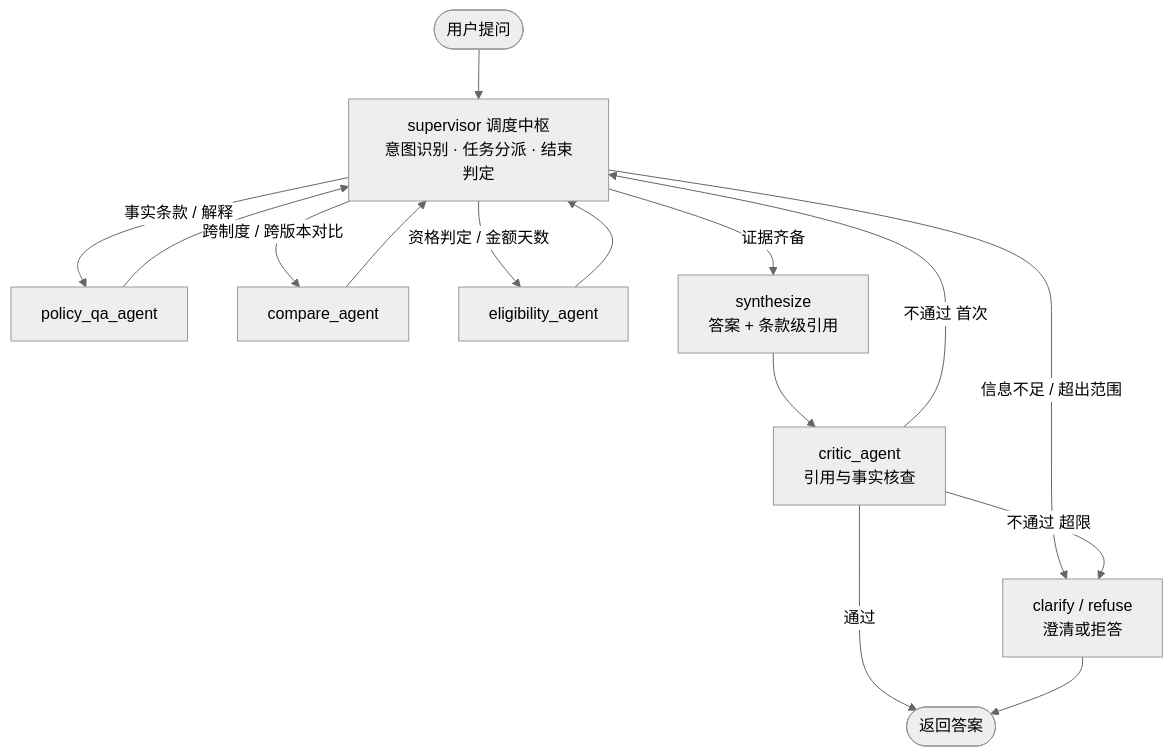
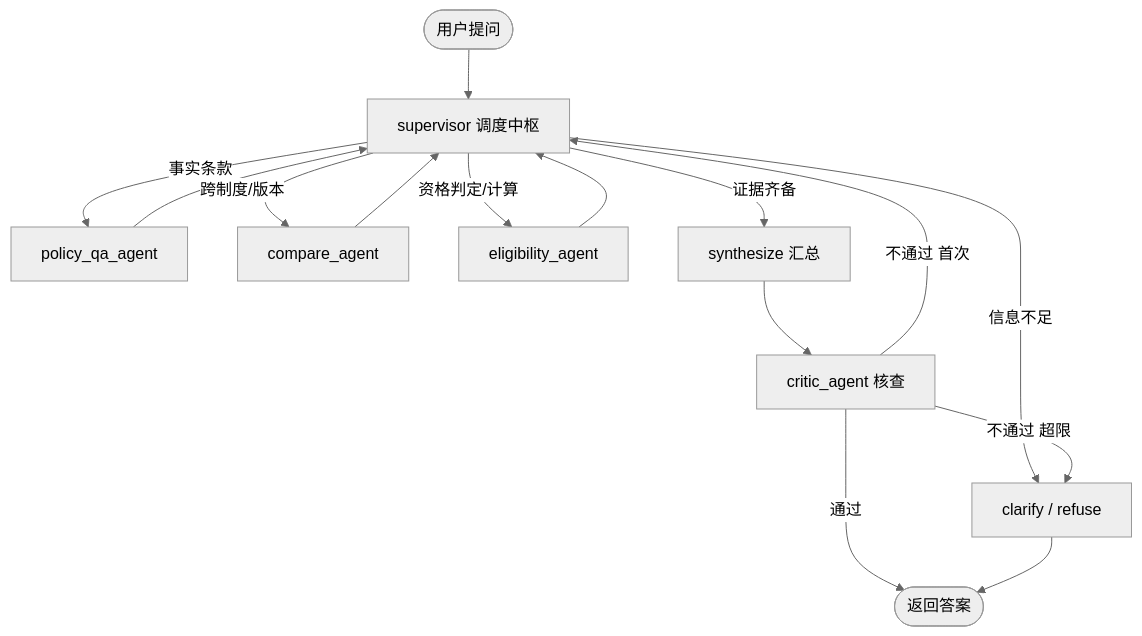
Before and after one commit to K-unK-un/multi-agent-practice-1: the diagram in README.md, drawn with Mermaid (neutral theme). The commit also changed other lines of this file and 1 other file, not shown here.

````diff
--- a/README.md
+++ b/README.md
@@ -102,17 +30,17 @@
 ```mermaid
 flowchart TD
-    START([用户提问]) --> SUP["supervisor 调度中枢<br/>意图识别 · 任务分派 · 结束判定"]
-    SUP -->|"事实条款 / 解释"| QA["policy_qa_agent"]
-    SUP -->|"跨制度 / 跨版本对比"| CMP["compare_agent"]
-    SUP -->|"资格判定 / 金额天数"| ELI["eligibility_agent"]
+    START([用户提问]) --> SUP["supervisor 调度中枢"]
+    SUP -->|"事实条款"| QA["policy_qa_agent"]
+    SUP -->|"跨制度/版本"| CMP["compare_agent"]
+    SUP -->|"资格判定/计算"| ELI["eligibility_agent"]
     QA --> SUP
     CMP --> SUP
     ELI --> SUP
-    SUP -->|"证据齐备"| SYN["synthesize<br/>答案 + 条款级引用"]
-    SUP -->|"信息不足 / 超出范围"| CLR["clarify / refuse<br/>澄清或拒答"]
-    SYN --> CRT["critic_agent<br/>引用与事实核查"]
+    SUP -->|"证据齐备"| SYN["synthesize 汇总"]
+    SUP -->|"信息不足"| CLR["clarify / refuse"]
+    SYN --> CRT["critic_agent 核查"]
     CRT -->|"通过"| END([返回答案])
     CRT -->|"不通过 首次"| SUP
     CRT -->|"不通过 超限"| CLR
     CLR --> END
 ```
````
